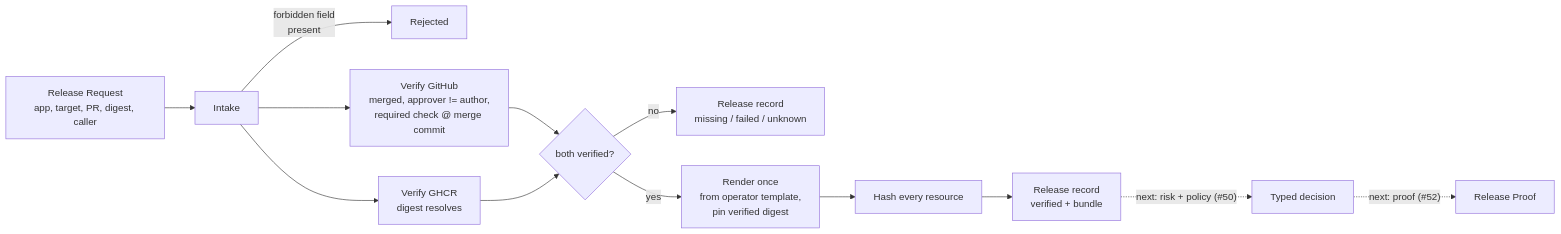
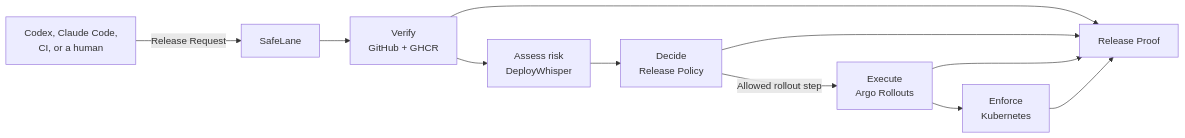
The diagram in README.md (AndrewMaged814/safelane), drawn with Mermaid before and after one commit. The commit also changed other lines of this file, not shown here.

Commit message:
Reposition SafeLane README

````diff
--- a/README.md
+++ b/README.md
@@ -41,15 +38,13 @@
 ```mermaid
 flowchart LR
-    A["Release Request\napp, target, PR, digest, caller"] --> B["Intake"]
-    B -->|"forbidden field\npresent"| R1["Rejected"]
-    B --> C["Verify GitHub\nmerged, approver != author,\nrequired check @ merge commit"]
-    B --> D["Verify GHCR\ndigest resolves"]
-    C --> E{"both verified?"}
-    D --> E
-    E -->|"no"| REC["Release record\nmissing / failed / unknown"]
-    E -->|"yes"| F["Render once\nfrom operator template,\npin verified digest"]
-    F --> H["Hash every resource"]
-    H --> REC2["Release record\nverified + bundle"]
-    REC2 -.->|"next: risk + policy (#50)"| P["Typed decision"]
-    P -.->|"next: proof (#52)"| PR["Release Proof"]
+    A["Codex, Claude Code,<br/>CI, or a human"] -->|"Release Request"| B["SafeLane"]
+    B --> C["Verify<br/>GitHub + GHCR"]
+    C --> D["Assess risk<br/>DeployWhisper"]
+    D --> E["Decide<br/>Release Policy"]
+    E -->|"Allowed rollout step"| F["Execute<br/>Argo Rollouts"]
+    F --> G["Enforce<br/>Kubernetes"]
+    C --> H["Release Proof"]
+    E --> H
+    F --> H
+    G --> H
 ```
````
